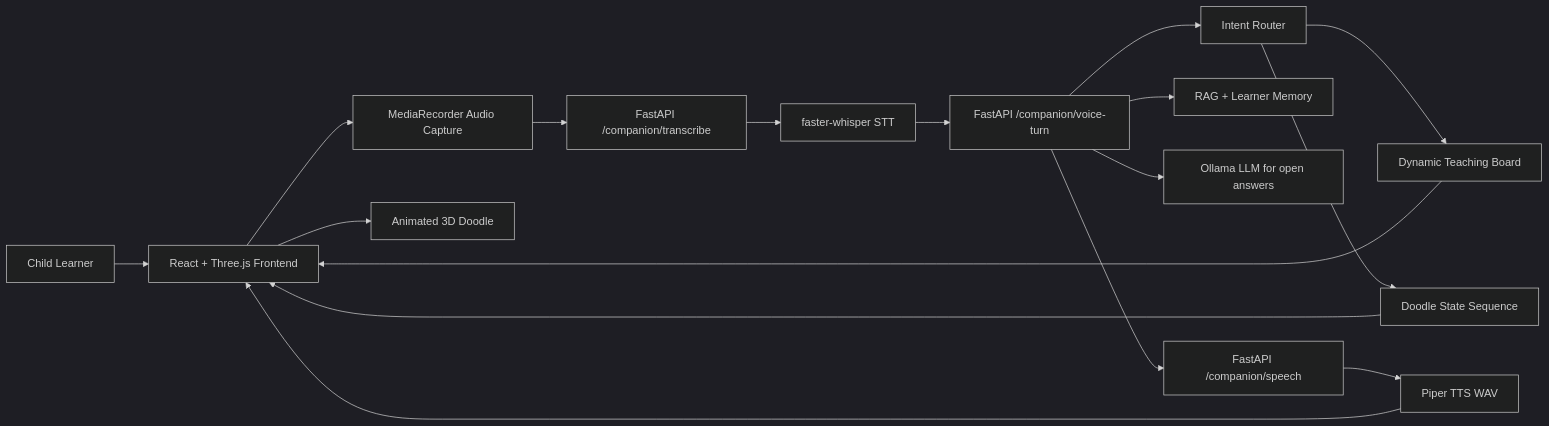
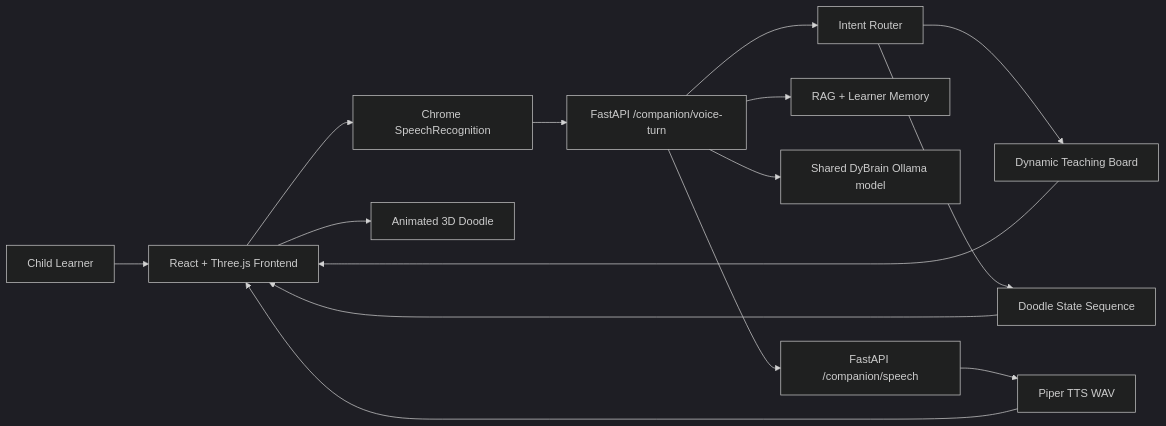
Before and after one commit to Payoshnee/DyslexiaLearn: the first of 5 diagrams in readme.md, drawn with Mermaid (dark theme). The commit also changed other lines of this file and 11 other files, not shown here.

Commit message:
Separate shared DyBrain Space deployment

````diff
--- a/readme.md
+++ b/readme.md
@@ -74,19 +74,17 @@
 ```mermaid
 flowchart LR
   Child[Child Learner] --> Browser[React + Three.js Frontend]
-  Browser --> Recorder[MediaRecorder Audio Capture]
-  Recorder --> STT[FastAPI /companion/transcribe]
-  STT --> Whisper[faster-whisper STT]
-  Whisper --> Turn[FastAPI /companion/voice-turn]
+  Browser --> ChromeSTT[Chrome SpeechRecognition]
+  ChromeSTT --> Turn[FastAPI /companion/voice-turn]
   Turn --> Intent[Intent Router]
   Turn --> RAG[RAG + Learner Memory]
-  Turn --> Ollama[Ollama LLM for open answers]
+  Turn --> Ollama[Shared DyBrain Ollama model]
   Intent --> Board[Dynamic Teaching Board]
   Intent --> Actions[Doodle State Sequence]
   Turn --> TTS[FastAPI /companion/speech]
   TTS --> Piper[Piper TTS WAV]
   Piper --> Browser
   Board --> Browser
   Actions --> Browser
   Browser --> Doodle[Animated 3D Doodle]
 ```
````
